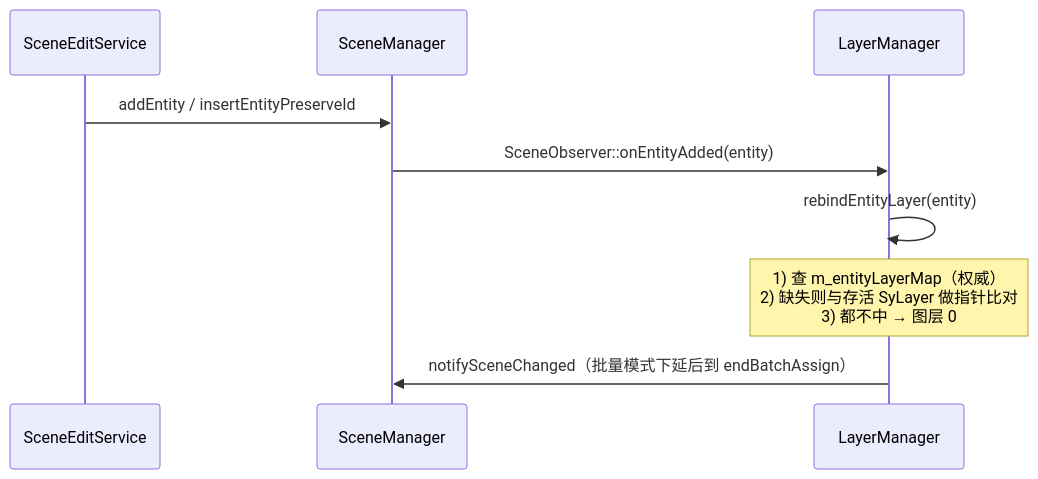
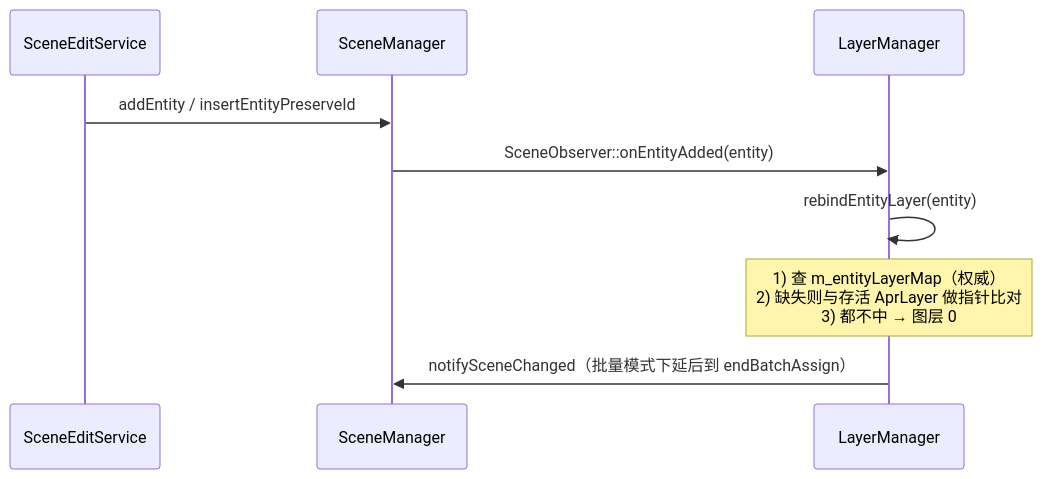
One commit to yulinxx/CAD changed the fifth of 12 diagrams in Docs/01-当前架构/图层.md. Above: the diagram before and after it, drawn with Mermaid. The commit also changed other lines of this file and 326 other files, not shown here.

````diff
--- a/Docs/01-当前架构/图层.md
+++ b/Docs/01-当前架构/图层.md
@@ -173,11 +173,11 @@
 ```mermaid
 sequenceDiagram
     participant SC as SceneEditService
     participant SM as SceneManager
     participant LM as LayerManager
     SC->>SM: addEntity / insertEntityPreserveId
     SM->>LM: SceneObserver::onEntityAdded(entity)
     LM->>LM: rebindEntityLayer(entity)
-    Note over LM: 1) 查 m_entityLayerMap（权威）<br/>2) 缺失则与存活 SyLayer 做指针比对<br/>3) 都不中 → 图层 0
+    Note over LM: 1) 查 m_entityLayerMap（权威）<br/>2) 缺失则与存活 AprLayer 做指针比对<br/>3) 都不中 → 图层 0
     LM->>SM: notifySceneChanged（批量模式下延后到 endBatchAssign）
 ```
````
